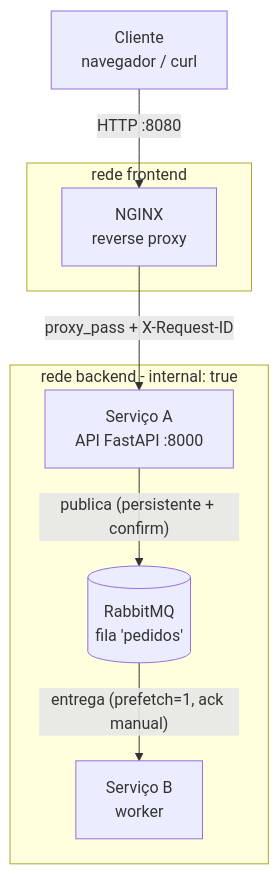
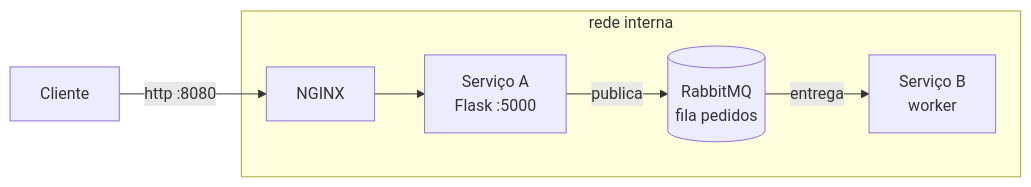
Before and after one commit to guigamt/projeto-servicos-nuvem: the first of 2 diagrams in docs/arquitetura.md, drawn with Mermaid. The commit also changed other lines of this file and 4 other files, not shown here.

````diff
--- a/docs/arquitetura.md
+++ b/docs/arquitetura.md
@@ -7,15 +7,9 @@
 ```mermaid
-flowchart TB
-    C[Cliente<br>navegador / curl] -- "HTTP :8080" --> N
-    subgraph frontend [rede frontend]
-        N[NGINX<br>reverse proxy]
+flowchart LR
+    C[Cliente] -- "http :8080" --> N[NGINX]
+    subgraph rede interna
+        N --> A[Serviço A<br>Flask :5000]
+        A -- publica --> R[(RabbitMQ<br>fila pedidos)]
+        R -- entrega --> B[Serviço B<br>worker]
     end
-    subgraph backend [rede backend - internal: true]
-        A[Serviço A<br>API FastAPI :8000]
-        R[(RabbitMQ<br>fila 'pedidos')]
-        B[Serviço B<br>worker]
-    end
-    N -- "proxy_pass + X-Request-ID" --> A
-    A -- "publica (persistente + confirm)" --> R
-    R -- "entrega (prefetch=1, ack manual)" --> B
 ```
````
